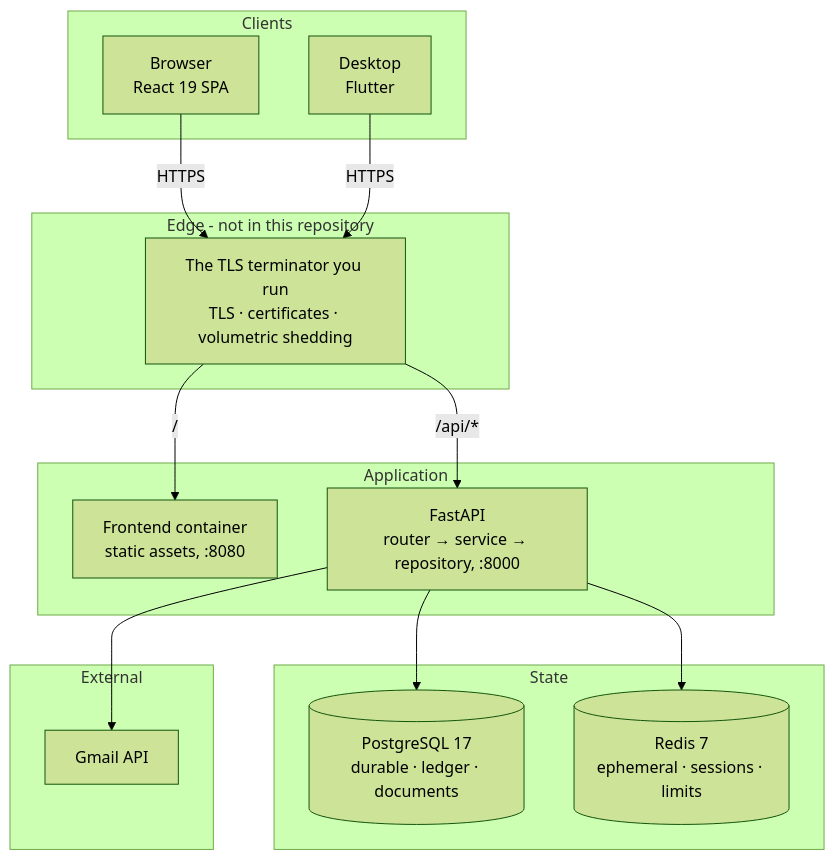
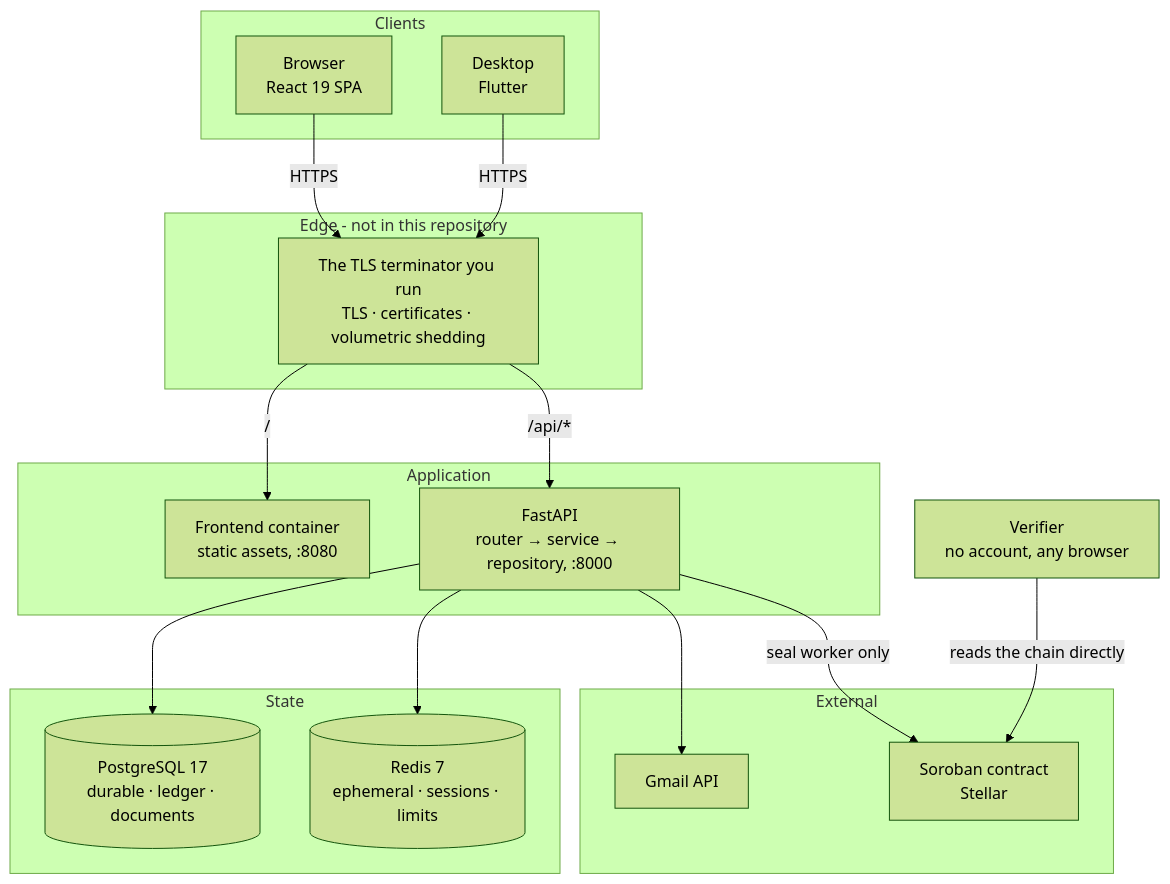
One commit to Madhur-Prakash/Stellar-ERP changed the first of 3 diagrams in docs/architecture.md. Above: the diagram before and after it, drawn with Mermaid (forest theme). The commit also changed other lines of this file and 11 other files, not shown here.

````diff
--- a/docs/architecture.md
+++ b/docs/architecture.md
@@ -52,33 +52,38 @@
 ```mermaid
 graph TB
     subgraph Clients
         B[Browser<br/>React 19 SPA]
         D[Desktop<br/>Flutter]
     end
 
     subgraph Edge["Edge - not in this repository"]
         N[The TLS terminator you run<br/>TLS · certificates · volumetric shedding]
     end
 
     subgraph Application
         F[Frontend container<br/>static assets, :8080]
         A[FastAPI<br/>router → service → repository, :8000]
     end
 
     subgraph State
         P[(PostgreSQL 17<br/>durable · ledger · documents)]
         R[(Redis 7<br/>ephemeral · sessions · limits)]
     end
 
     subgraph External
         S[Gmail API]
+        C[Soroban contract<br/>Stellar]
     end
+
+    V[Verifier<br/>no account, any browser]
 
     B -->|HTTPS| N
     D -->|HTTPS| N
     N -->|/| F
     N -->|/api/*| A
     A --> P
     A --> R
     A --> S
+    A -->|seal worker only| C
+    V -->|reads the chain directly| C
 ```
````
